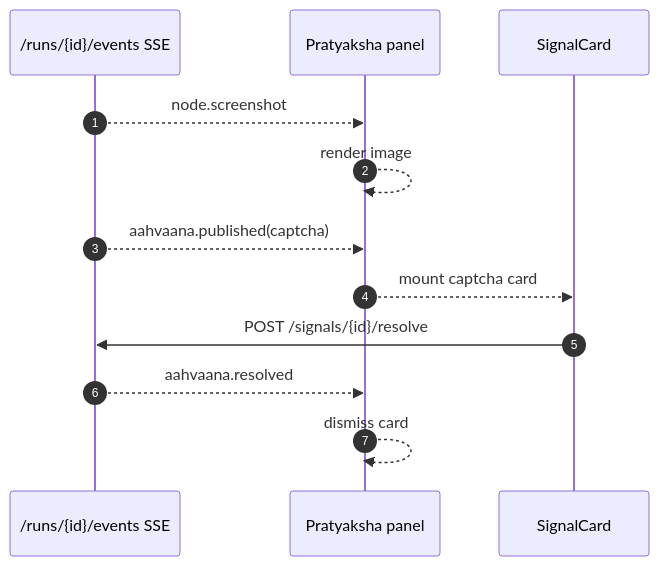
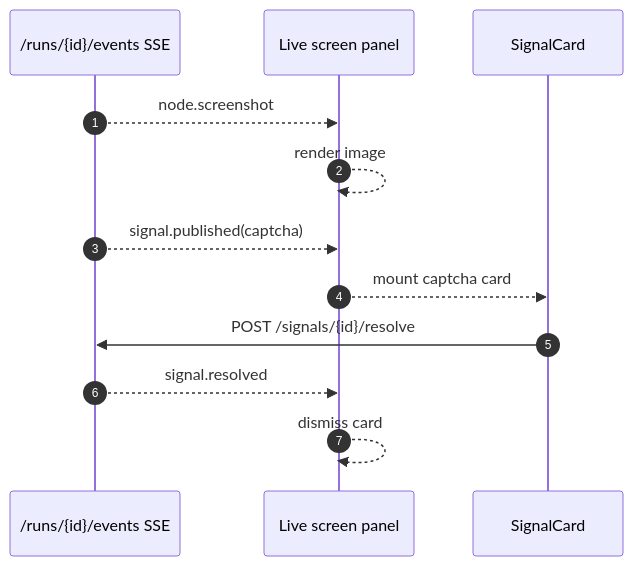
Before and after one commit to so-weak/Aakaar: the seventh of 8 diagrams in documentation/src/04-Frontend-Architecture.md, drawn with Mermaid. The commit also changed other lines of this file and 23 other files, not shown here.

````diff
--- a/documentation/src/04-Frontend-Architecture.md
+++ b/documentation/src/04-Frontend-Architecture.md
@@ -203,15 +209,15 @@
 ```mermaid
 sequenceDiagram
   autonumber
   participant API as /runs/{id}/events SSE
-  participant SP as Pratyaksha panel
+  participant SP as Live screen panel
   participant SC as SignalCard
 
   API-->>SP: node.screenshot
   SP-->>SP: render image
-  API-->>SP: aahvaana.published(captcha)
+  API-->>SP: signal.published(captcha)
   SP-->>SC: mount captcha card
   SC->>API: POST /signals/{id}/resolve
-  API-->>SP: aahvaana.resolved
+  API-->>SP: signal.resolved
   SP-->>SP: dismiss card
 ```
````
